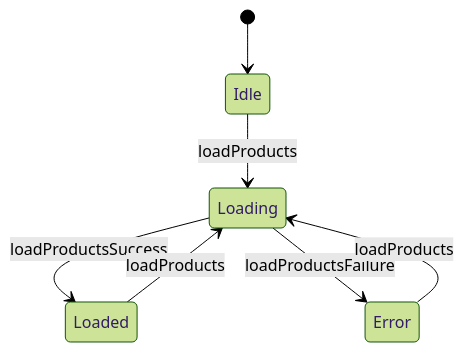
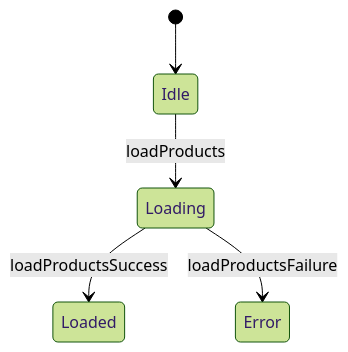
One commit to Vijay-Barapatre/Angular-feature changed the diagram in src/app/practice/ngrx/exercises-docs.md. Above: the diagram before and after it, drawn with Mermaid (forest theme). The commit also changed other lines of this file and 158 other files, not shown here.

````diff
--- a/src/app/practice/ngrx/exercises-docs.md
+++ b/src/app/practice/ngrx/exercises-docs.md
@@ -86,9 +42,7 @@
 ```mermaid
 stateDiagram-v2
     [*] --> Idle
     Idle --> Loading: loadProducts
     Loading --> Loaded: loadProductsSuccess
     Loading --> Error: loadProductsFailure
-    Loaded --> Loading: loadProducts
-    Error --> Loading: loadProducts
 ```
````
